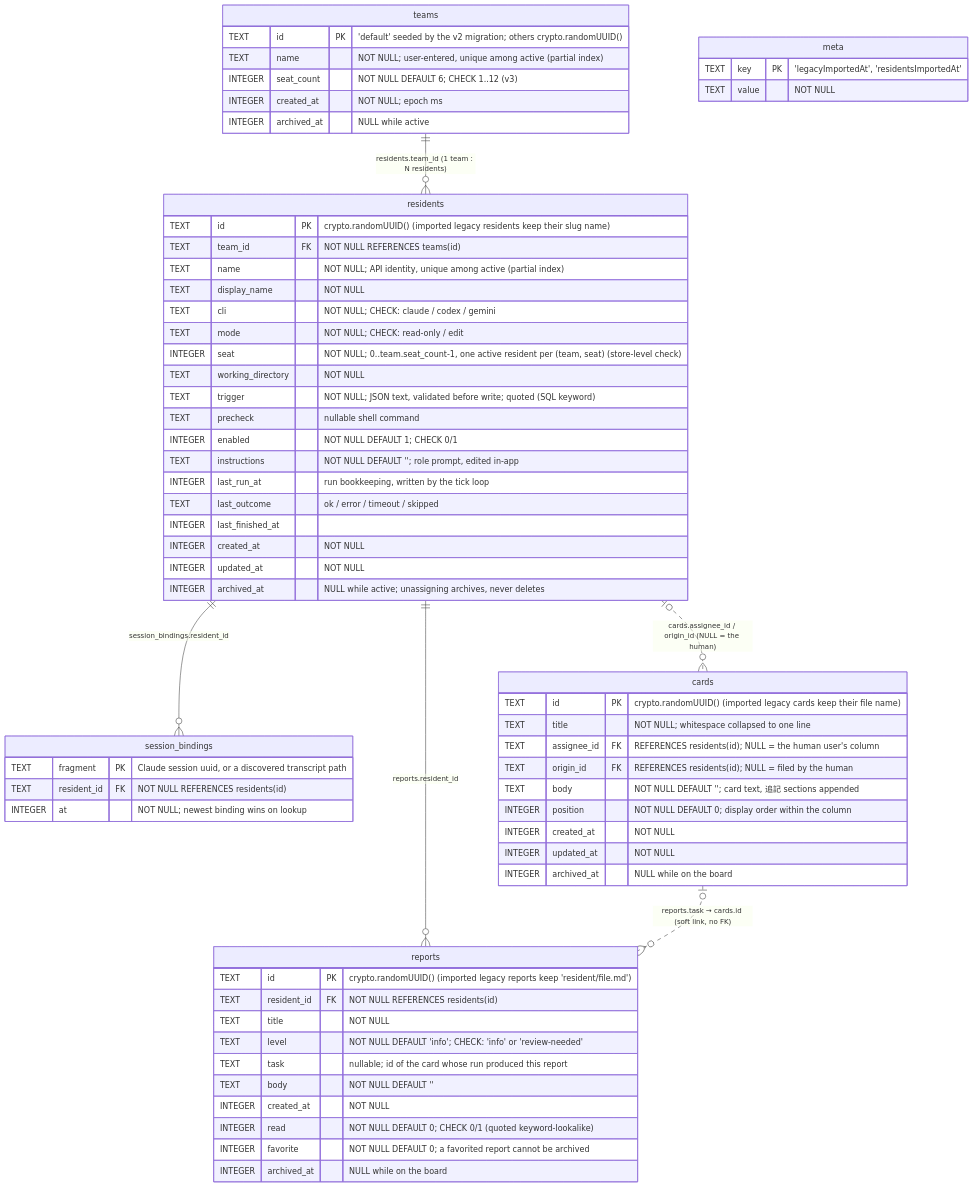
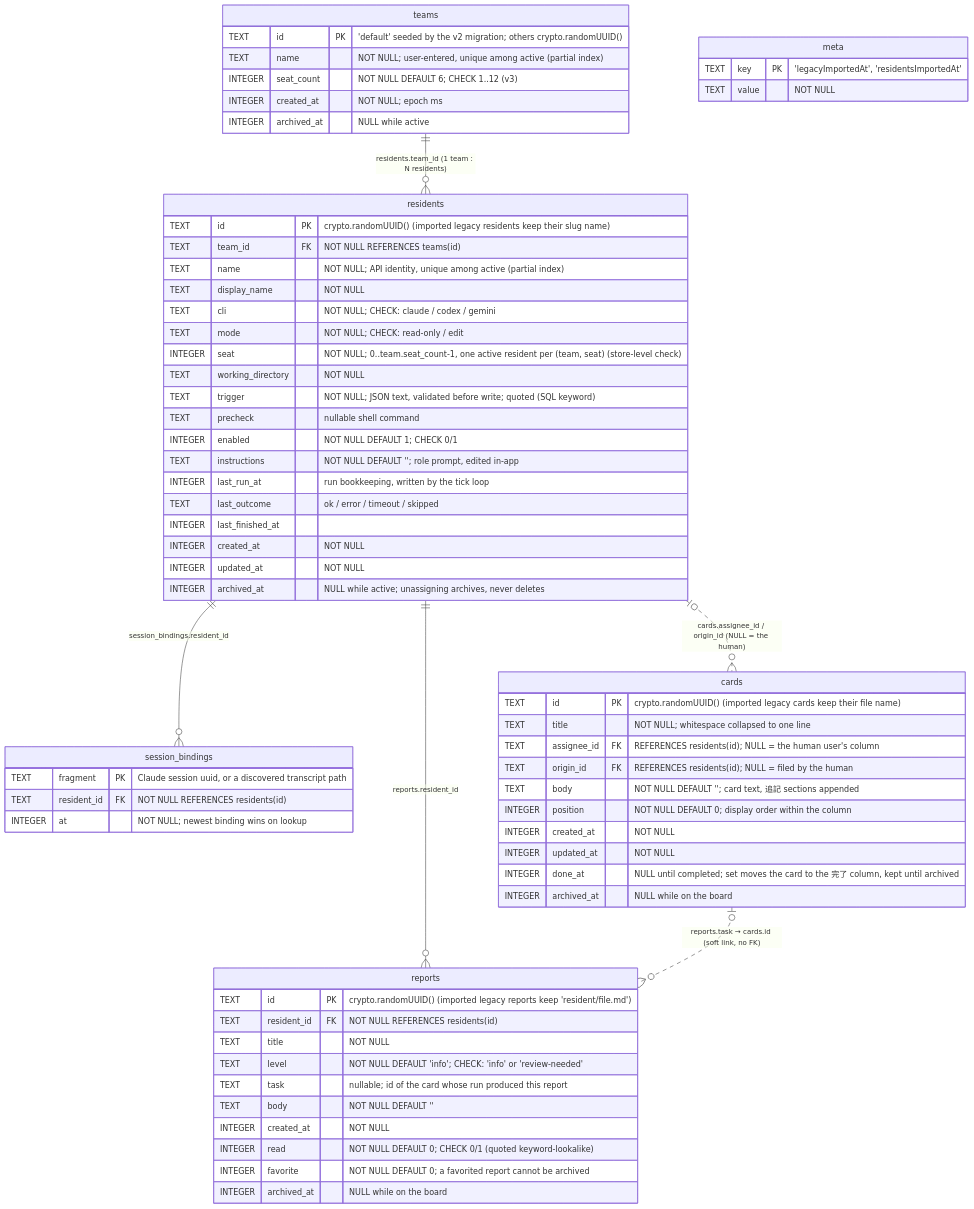
One commit to raihara3/ai-office changed the diagram in docs/database.md. Above: the diagram before and after it, drawn with Mermaid. The commit also changed other lines of this file and 10 other files, not shown here.

````diff
--- a/docs/database.md
+++ b/docs/database.md
@@ -11,73 +11,74 @@
 ```mermaid
 erDiagram
     teams ||--o{ residents : "residents.team_id (1 team : N residents)"
     residents ||--o{ session_bindings : "session_bindings.resident_id"
     residents |o..o{ cards : "cards.assignee_id / origin_id (NULL = the human)"
     residents ||--o{ reports : "reports.resident_id"
     cards |o..o{ reports : "reports.task → cards.id (soft link, no FK)"
 
     teams {
         TEXT    id          PK "'default' seeded by the v2 migration; others crypto.randomUUID()"
         TEXT    name           "NOT NULL; user-entered, unique among active (partial index)"
         INTEGER seat_count     "NOT NULL DEFAULT 6; CHECK 1..12 (v3)"
         INTEGER created_at     "NOT NULL; epoch ms"
         INTEGER archived_at    "NULL while active"
     }
 
     residents {
         TEXT    id                PK "crypto.randomUUID() (imported legacy residents keep their slug name)"
         TEXT    team_id           FK "NOT NULL REFERENCES teams(id)"
         TEXT    name              "NOT NULL; API identity, unique among active (partial index)"
         TEXT    display_name      "NOT NULL"
         TEXT    cli               "NOT NULL; CHECK: claude / codex / gemini"
         TEXT    mode              "NOT NULL; CHECK: read-only / edit"
         INTEGER seat              "NOT NULL; 0..team.seat_count-1, one active resident per (team, seat) (store-level check)"
         TEXT    working_directory "NOT NULL"
         TEXT    trigger           "NOT NULL; JSON text, validated before write; quoted (SQL keyword)"
         TEXT    precheck          "nullable shell command"
         INTEGER enabled           "NOT NULL DEFAULT 1; CHECK 0/1"
         TEXT    instructions      "NOT NULL DEFAULT ''; role prompt, edited in-app"
         INTEGER last_run_at       "run bookkeeping, written by the tick loop"
         TEXT    last_outcome      "ok / error / timeout / skipped"
         INTEGER last_finished_at  ""
         INTEGER created_at        "NOT NULL"
         INTEGER updated_at        "NOT NULL"
         INTEGER archived_at       "NULL while active; unassigning archives, never deletes"
     }
 
     session_bindings {
         TEXT    fragment    PK "Claude session uuid, or a discovered transcript path"
         TEXT    resident_id FK "NOT NULL REFERENCES residents(id)"
         INTEGER at             "NOT NULL; newest binding wins on lookup"
     }
 
     cards {
         TEXT    id          PK "crypto.randomUUID() (imported legacy cards keep their file name)"
         TEXT    title          "NOT NULL; whitespace collapsed to one line"
         TEXT    assignee_id FK "REFERENCES residents(id); NULL = the human user's column"
         TEXT    origin_id   FK "REFERENCES residents(id); NULL = filed by the human"
         TEXT    body           "NOT NULL DEFAULT ''; card text, 追記 sections appended"
         INTEGER position       "NOT NULL DEFAULT 0; display order within the column"
         INTEGER created_at     "NOT NULL"
         INTEGER updated_at     "NOT NULL"
+        INTEGER done_at        "NULL until completed; set moves the card to the 完了 column, kept until archived"
         INTEGER archived_at    "NULL while on the board"
     }
 
     reports {
         TEXT    id          PK "crypto.randomUUID() (imported legacy reports keep 'resident/file.md')"
         TEXT    resident_id FK "NOT NULL REFERENCES residents(id)"
         TEXT    title          "NOT NULL"
         TEXT    level          "NOT NULL DEFAULT 'info'; CHECK: 'info' or 'review-needed'"
         TEXT    task           "nullable; id of the card whose run produced this report"
         TEXT    body           "NOT NULL DEFAULT ''"
         INTEGER created_at     "NOT NULL"
         INTEGER read           "NOT NULL DEFAULT 0; CHECK 0/1 (quoted keyword-lookalike)"
         INTEGER favorite       "NOT NULL DEFAULT 0; a favorited report cannot be archived"
         INTEGER archived_at    "NULL while on the board"
     }
 
     meta {
         TEXT key   PK "'legacyImportedAt', 'residentsImportedAt'"
         TEXT value    "NOT NULL"
     }
 ```
````
